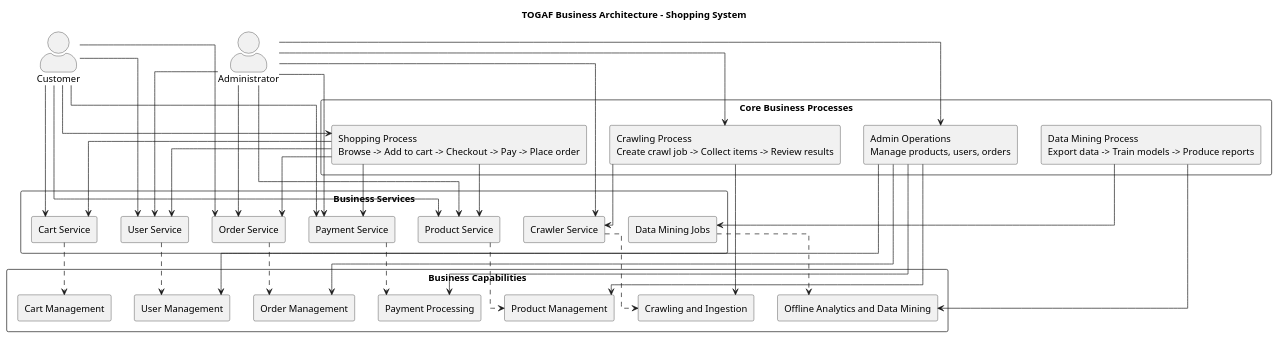
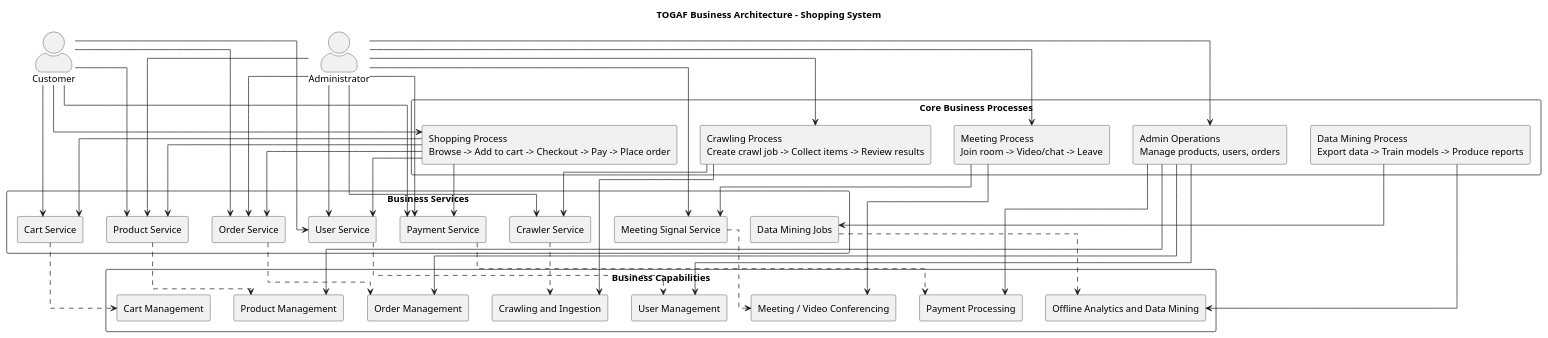
Before and after one commit to felixzhu97/shopping-system: the diagram in docs/architecture/togaf/business-architecture.puml, drawn with PlantUML. The commit also changed 24 other files, not shown here.

First line of the commit message:
feat: integrate Socket.IO for real-time meeting functionality in admin app

```diff
--- a/docs/architecture/togaf/business-architecture.puml
+++ b/docs/architecture/togaf/business-architecture.puml
@@ -1,79 +1,88 @@
 @startuml
 title TOGAF Business Architecture - Shopping System
 
 skinparam componentStyle rectangle
 skinparam packageStyle rectangle
 skinparam actorStyle awesome
 skinparam linetype ortho
 
 actor "Customer" as customer
 actor "Administrator" as admin
 
 package "Business Capabilities" {
     component [Product Management] as capability_product
     component [Order Management] as capability_order
     component [User Management] as capability_user
     component [Cart Management] as capability_cart
     component [Payment Processing] as capability_payment
     component [Crawling and Ingestion] as capability_crawling
     component [Offline Analytics and Data Mining] as capability_data_mining
+    component [Meeting / Video Conferencing] as capability_meeting
 }
 
 package "Core Business Processes" {
     component [Shopping Process\nBrowse -> Add to cart -> Checkout -> Pay -> Place order] as process_shopping
     component [Admin Operations\nManage products, users, orders] as process_admin_ops
     component [Crawling Process\nCreate crawl job -> Collect items -> Review results] as process_crawling
     component [Data Mining Process\nExport data -> Train models -> Produce reports] as process_data_mining
+    component [Meeting Process\nJoin room -> Video/chat -> Leave] as process_meeting
 }
 
 package "Business Services" {
     component [Product Service] as service_product
     component [Cart Service] as service_cart
     component [Order Service] as service_order
     component [User Service] as service_user
     component [Payment Service] as service_payment
     component [Crawler Service] as service_crawler
     component [Data Mining Jobs] as service_data_mining
+    component [Meeting Signal Service] as service_meeting_signal
 }
 
 customer --> process_shopping
 customer --> service_product
 customer --> service_cart
 customer --> service_order
 customer --> service_user
 customer --> service_payment
 
 admin --> process_admin_ops
 admin --> process_crawling
+admin --> process_meeting
 admin --> service_product
 admin --> service_order
 admin --> service_user
 admin --> service_payment
 admin --> service_crawler
+admin --> service_meeting_signal
 
 process_shopping --> service_product
 process_shopping --> service_cart
 process_shopping --> service_order
 process_shopping --> service_user
 process_shopping --> service_payment
 
 process_admin_ops --> capability_product
 process_admin_ops --> capability_order
 process_admin_ops --> capability_user
 process_admin_ops --> capability_payment
 
 process_crawling --> service_crawler
 process_crawling --> capability_crawling
 
 process_data_mining --> service_data_mining
 process_data_mining --> capability_data_mining
 
+process_meeting --> service_meeting_signal
+process_meeting --> capability_meeting
+
 service_product ..> capability_product
 service_cart ..> capability_cart
 service_order ..> capability_order
 service_user ..> capability_user
 service_payment ..> capability_payment
 service_crawler ..> capability_crawling
 service_data_mining ..> capability_data_mining
+service_meeting_signal ..> capability_meeting
 
 @enduml
```
